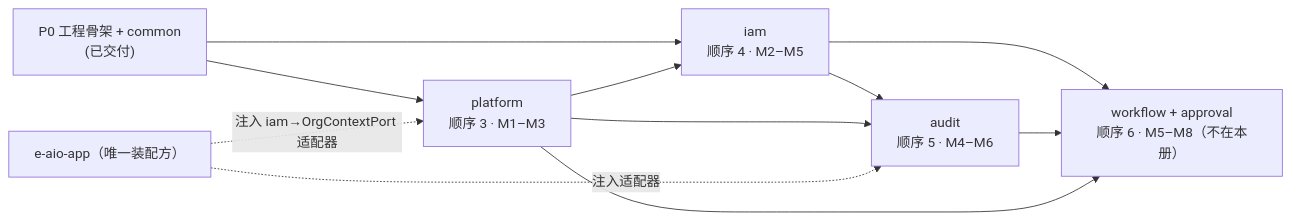
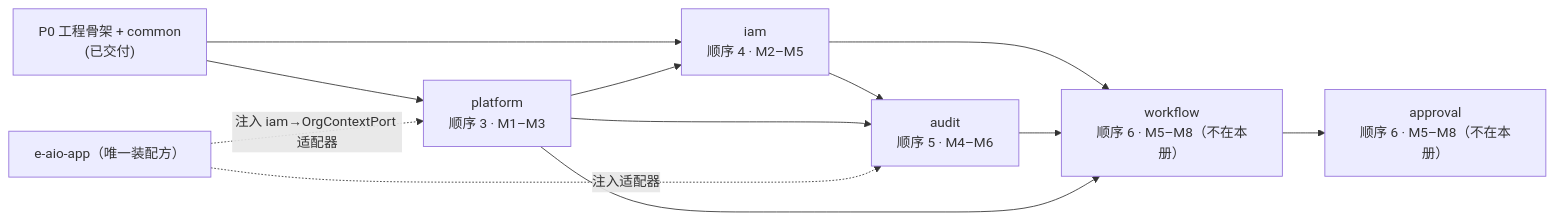
The diagram in docs/04-企业级一体化管理系统-e-aio-详细设计说明书-P1-1-批次总册.md (1010n111/e-aio), drawn with Mermaid before and after one commit. The commit also changed other lines of this file, not shown here.

Commit message:
docs(p1): 补 approval → workflow 依赖边，登记 eaio_wf 合并方案被否的理由

````diff
--- a/docs/04-企业级一体化管理系统-e-aio-详细设计说明书-P1-1-批次总册.md
+++ b/docs/04-企业级一体化管理系统-e-aio-详细设计说明书-P1-1-批次总册.md
@@ -162,13 +162,14 @@
 ```mermaid
 graph LR
   P0["P0 工程骨架 + common<br/>(已交付)"] --> PLAT["platform<br/>顺序 3 · M1–M3"]
   P0 --> IAM["iam<br/>顺序 4 · M2–M5"]
   PLAT --> IAM
   IAM --> AUD["audit<br/>顺序 5 · M4–M6"]
   PLAT --> AUD
-  IAM --> WF["workflow + approval<br/>顺序 6 · M5–M8（不在本册）"]
+  IAM --> WF["workflow<br/>顺序 6 · M5–M8（不在本册）"]
+  WF --> APV["approval<br/>顺序 6 · M5–M8（不在本册）"]
   AUD --> WF
   PLAT --> WF
   APP["e-aio-app（唯一装配方）"] -.注入 iam→OrgContextPort 适配器.-> PLAT
   APP -.注入适配器.-> AUD
 ```
````
